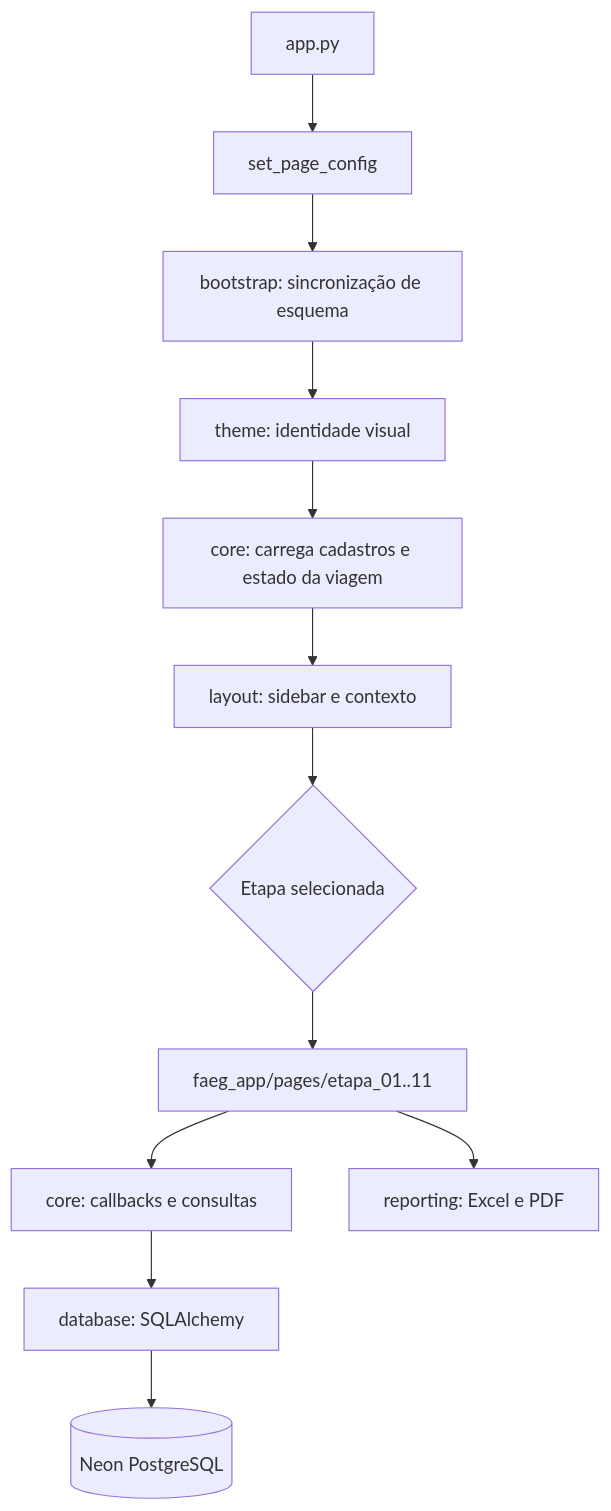
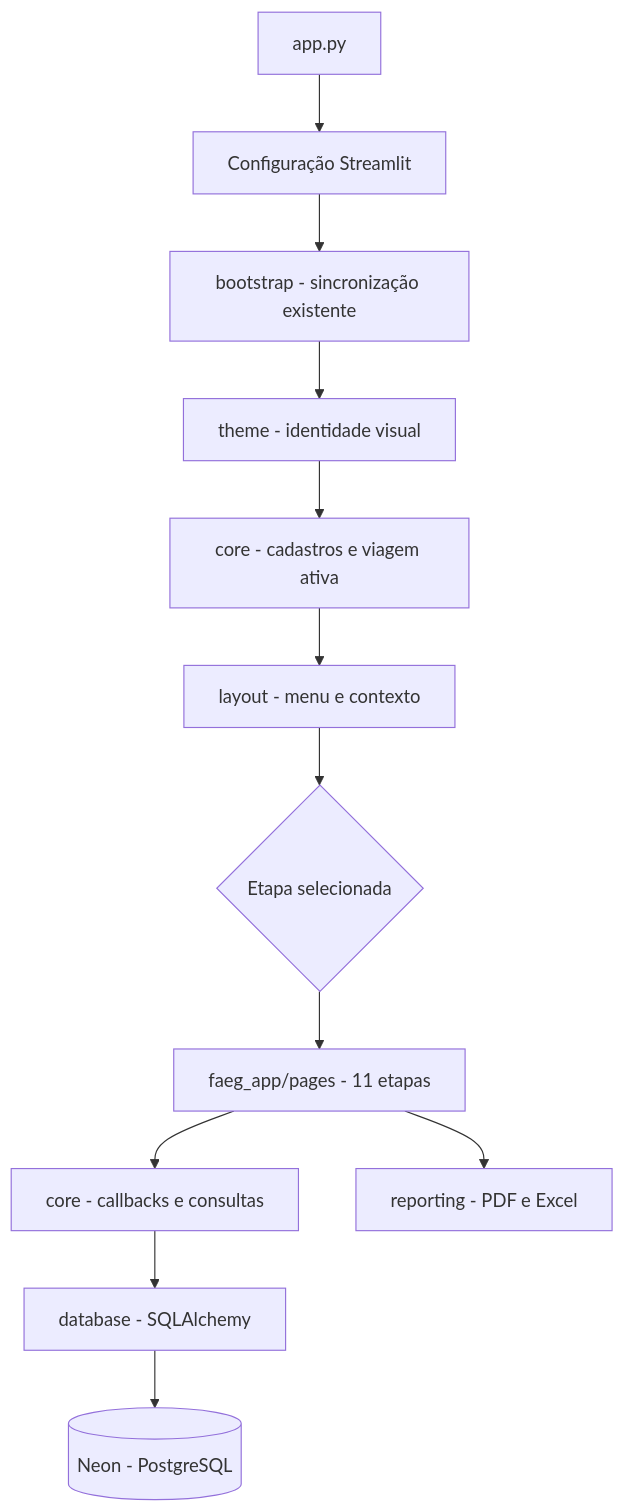
Before and after one commit to felpontes98/faeg-logistica-app: the diagram in docs/arquitetura_aplicacao.md, drawn with Mermaid. The commit also changed 21 other files, not shown here.

Commit message:
Docs: auditoria final, correcao dos diagramas e preparacao para banca

````diff
--- a/docs/arquitetura_aplicacao.md
+++ b/docs/arquitetura_aplicacao.md
@@ -36,14 +36,14 @@
 ```mermaid
 flowchart TD
-    A[app.py] --> B[set_page_config]
-    B --> C[bootstrap: sincronização de esquema]
-    C --> D[theme: identidade visual]
-    D --> E[core: carrega cadastros e estado da viagem]
-    E --> F[layout: sidebar e contexto]
-    F --> G{Etapa selecionada}
-    G --> H[faeg_app/pages/etapa_01..11]
-    H --> I[core: callbacks e consultas]
-    H --> J[reporting: Excel e PDF]
-    I --> K[database: SQLAlchemy]
-    K --> L[(Neon PostgreSQL)]
+    A["app.py"] --> B["Configuração Streamlit"]
+    B --> C["bootstrap - sincronização existente"]
+    C --> D["theme - identidade visual"]
+    D --> E["core - cadastros e viagem ativa"]
+    E --> F["layout - menu e contexto"]
+    F --> G{"Etapa selecionada"}
+    G --> H["faeg_app/pages - 11 etapas"]
+    H --> I["core - callbacks e consultas"]
+    H --> J["reporting - PDF e Excel"]
+    I --> K["database - SQLAlchemy"]
+    K --> L[("Neon - PostgreSQL")]
 ```
````
